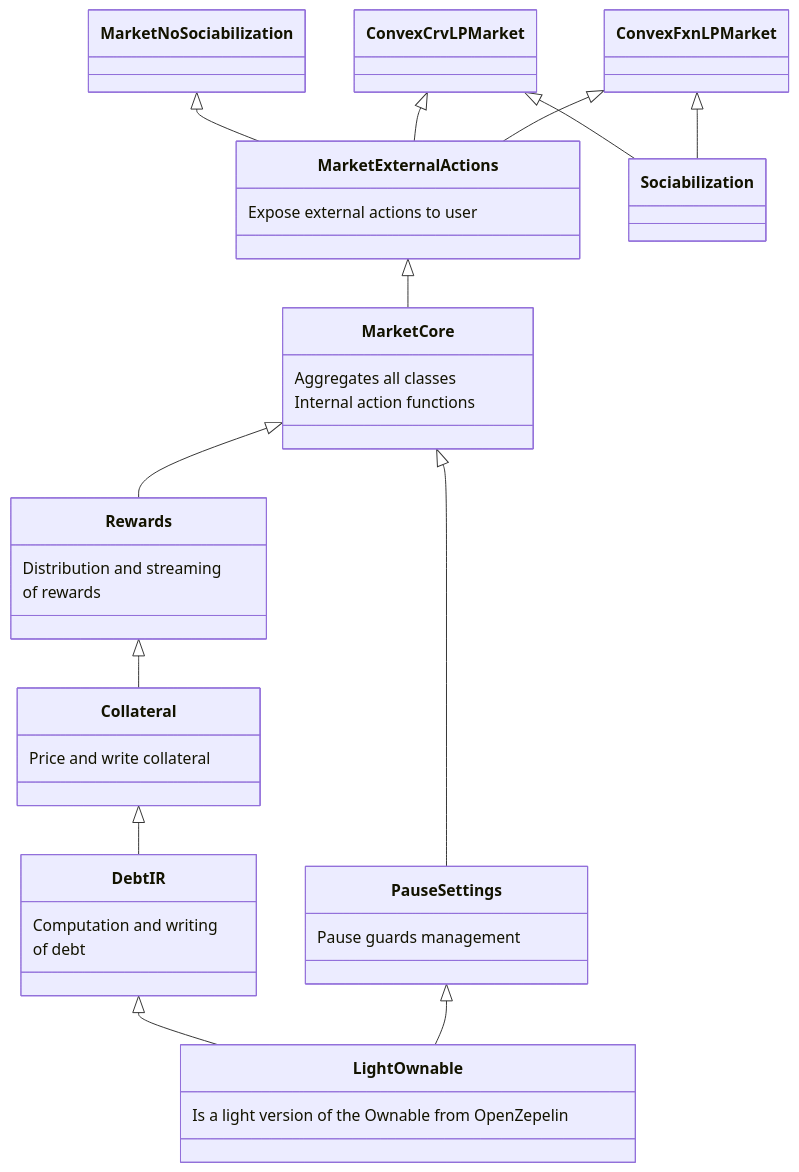
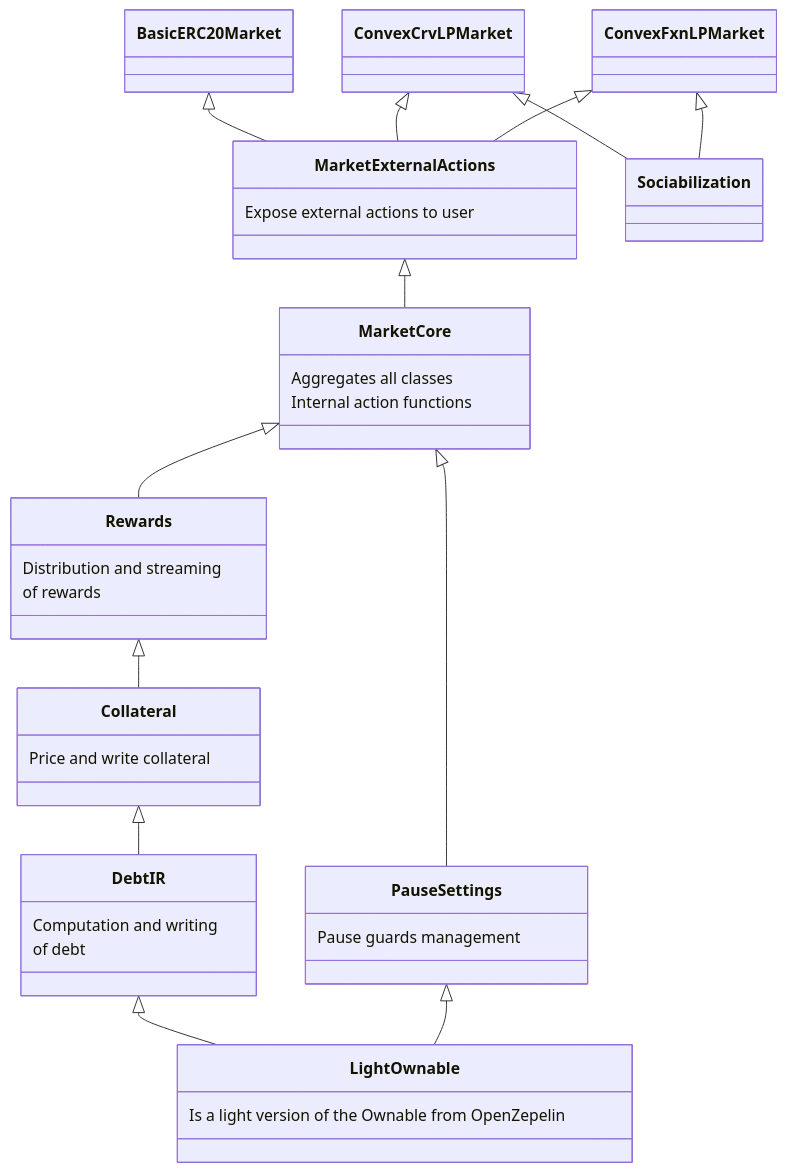
The diagram in documentation/archi/MarketClass.md (Tangent-labs/tangent-contracts), drawn with Mermaid before and after one commit. The commit also changed 74 other files, not shown here.

````diff
--- a/documentation/archi/MarketClass.md
+++ b/documentation/archi/MarketClass.md
@@ -3,43 +3,43 @@
 ```mermaid
 
 classDiagram
 DebtIR <|--LightOwnable
 Collateral <|--DebtIR
 MarketCore <|--PauseSettings
 PauseSettings <|--LightOwnable
 MarketCore <|--Rewards
 Rewards <|--Collateral
 MarketExternalActions <|--MarketCore
 
-MarketNoSociabilization <|--MarketExternalActions
+BasicERC20Market <|--MarketExternalActions
 ConvexCrvLPMarket  <|--MarketExternalActions
 ConvexFxnLPMarket <|--MarketExternalActions
 
 ConvexCrvLPMarket  <|--Sociabilization
 ConvexFxnLPMarket <|--Sociabilization
 
 class LightOwnable{
     Is a light version of the Ownable from OpenZepelin
 }
 class PauseSettings{
     Pause guards management
 }
 class DebtIR{
     Computation and writing
     of debt
 }
 class Collateral{
     Price and write collateral
 }
 class Rewards{
     Distribution and streaming
     of rewards
 }
 class MarketCore{
     Aggregates all classes
     Internal action functions
 }
 class MarketExternalActions{
     Expose external actions to user
 }
 ```
````
